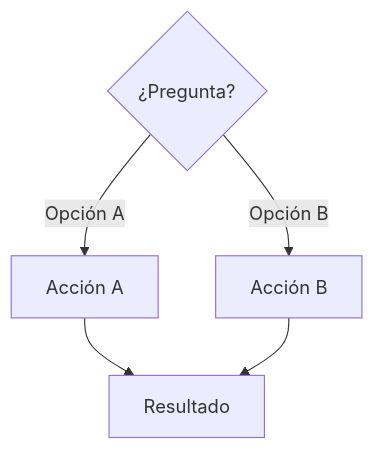
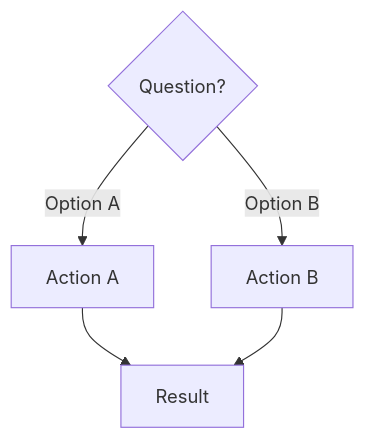
One commit to elisaul77/Orquestacion_Agentes_claude changed the fourth of 7 diagrams in skills/arquitec-dev-ia/assets/catalogo_mermaid.md. Above: the diagram before and after it, drawn with Mermaid. The commit also changed other lines of this file and 14 other files, not shown here.

````diff
--- a/skills/arquitec-dev-ia/assets/catalogo_mermaid.md
+++ b/skills/arquitec-dev-ia/assets/catalogo_mermaid.md
@@ -58,8 +58,8 @@
 ```mermaid
 flowchart TD
-    Q{"¿Pregunta?"}
-    Q -->|Opción A| A["Acción A"]
-    Q -->|Opción B| B["Acción B"]
-    A --> R["Resultado"]
+    Q{"Question?"}
+    Q -->|Option A| A["Action A"]
+    Q -->|Option B| B["Action B"]
+    A --> R["Result"]
     B --> R
 ```
````
